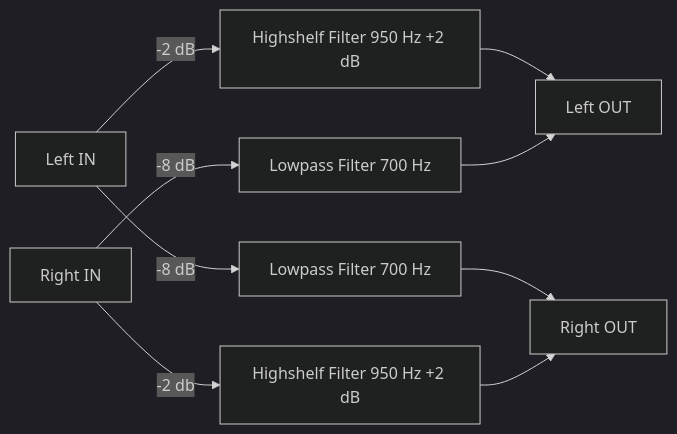
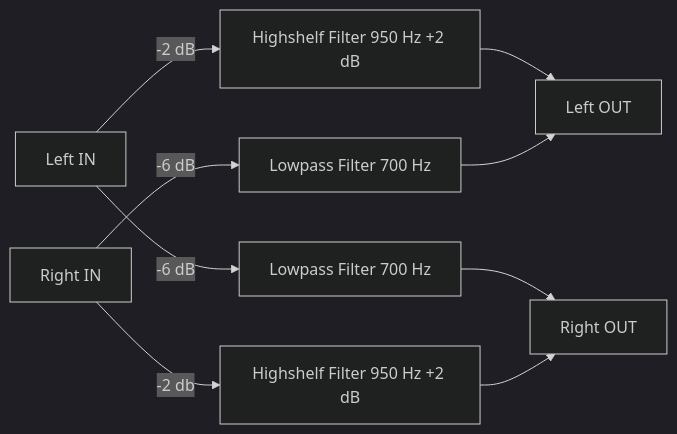
The second of 4 diagrams in readme.md (Ebert-Hanke/autoeq2camilladsp), drawn with Mermaid (dark theme) before and after one commit. The commit also changed other lines of this file, not shown here.

````diff
--- a/readme.md
+++ b/readme.md
@@ -36,7 +36,7 @@
 ```mermaid
 graph LR
 A[Left IN]-- -2 dB --> G[Highshelf Filter 950 Hz +2 dB]--> B[Left OUT]
-A -- -8 dB --> E[Lowpass Filter 700 Hz] --> D
+A -- -6 dB --> E[Lowpass Filter 700 Hz] --> D
 C[Right IN]-- -2 db -->H[Highshelf Filter 950 Hz +2 dB]-->D[Right OUT]
-C -- -8 dB --> F[Lowpass Filter 700 Hz] -->B
+C -- -6 dB --> F[Lowpass Filter 700 Hz] --> B
 ```
````
